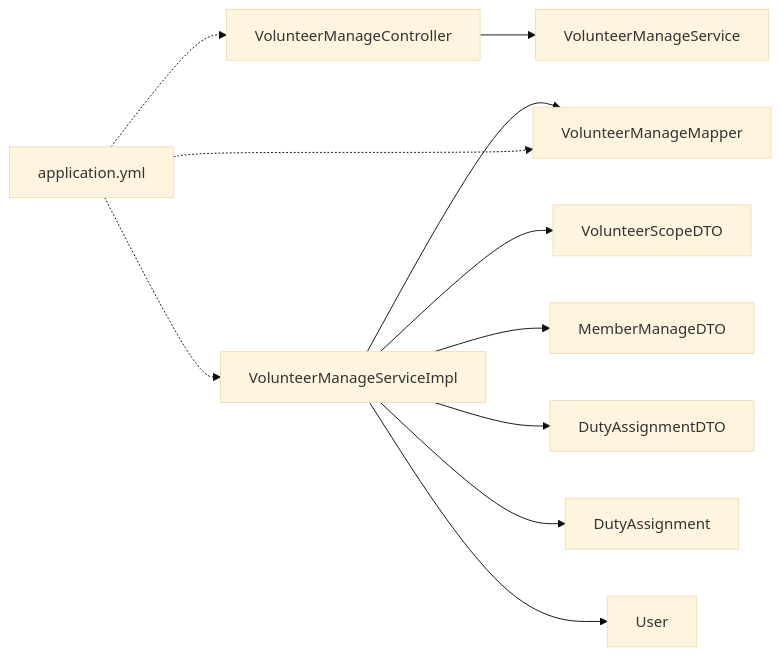
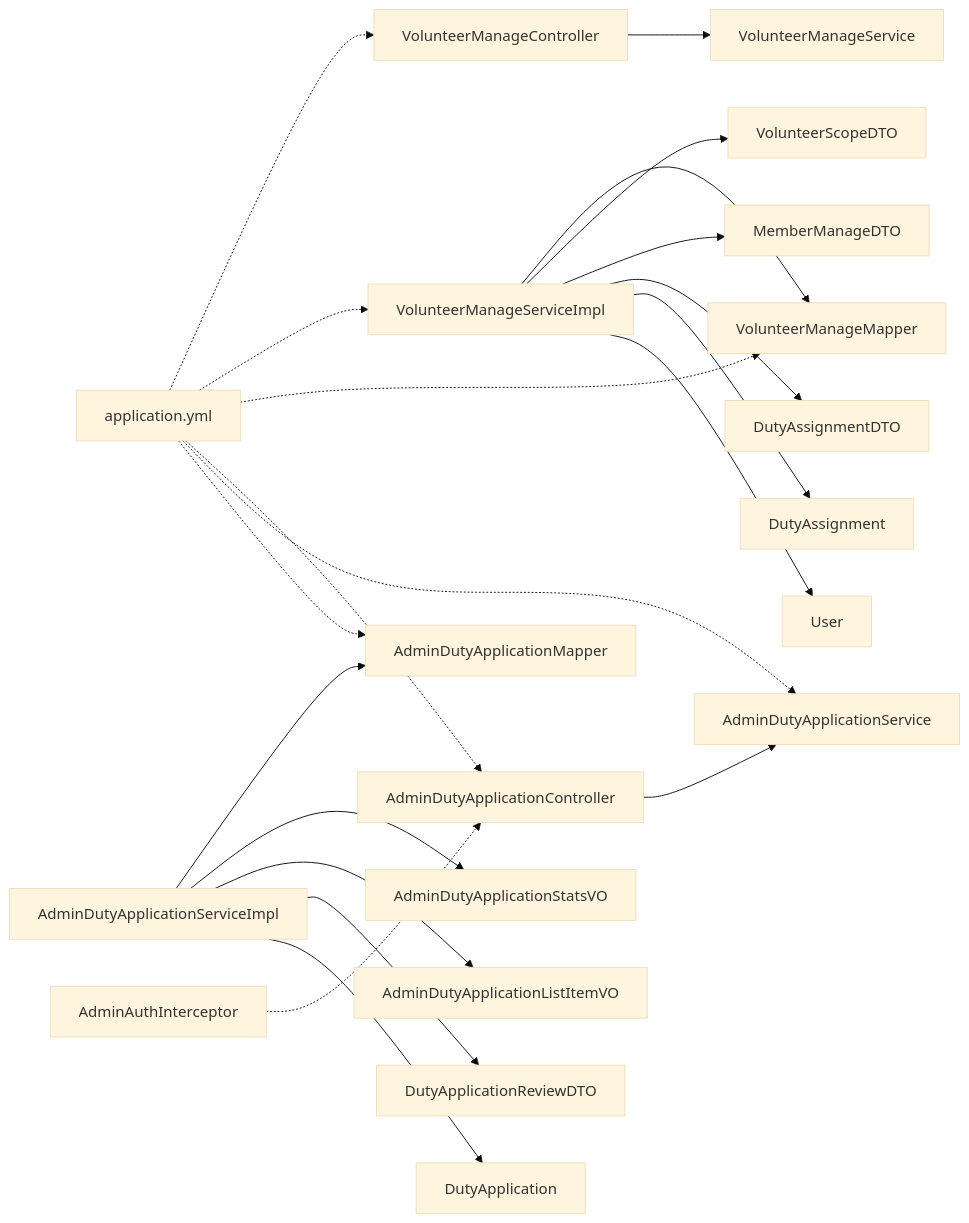
Before and after one commit to gaozihaowin/-: diagram 11 of 11 in .qoder/repowiki/zh/content/志愿者管理模块/志愿者管理后台.md, drawn with Mermaid (base theme). The commit also changed other lines of this file and 10 other files, not shown here.

````diff
--- a/.qoder/repowiki/zh/content/志愿者管理模块/志愿者管理后台.md
+++ b/.qoder/repowiki/zh/content/志愿者管理模块/志愿者管理后台.md
@@ -339,13 +556,23 @@
 ```mermaid
 graph LR
 Ctrl["VolunteerManageController"] --> SvcI["VolunteerManageService"]
 SvcImpl["VolunteerManageServiceImpl"] --> Mapper["VolunteerManageMapper"]
 SvcImpl --> DTO1["VolunteerScopeDTO"]
 SvcImpl --> DTO2["MemberManageDTO"]
 SvcImpl --> DTO3["DutyAssignmentDTO"]
 SvcImpl --> Entity1["DutyAssignment"]
 SvcImpl --> Entity2["User"]
+ADC["AdminDutyApplicationController"] --> ADSvc["AdminDutyApplicationService"]
+ADSI["AdminDutyApplicationServiceImpl"] --> ADM["AdminDutyApplicationMapper"]
+ADSI --> DTO4["AdminDutyApplicationStatsVO"]
+ADSI --> DTO5["AdminDutyApplicationListItemVO"]
+ADSI --> DTO6["DutyApplicationReviewDTO"]
+ADSI --> Entity3["DutyApplication"]
 Cfg["application.yml"] -.-> Ctrl
 Cfg -.-> SvcImpl
 Cfg -.-> Mapper
+Cfg -.-> ADC
+Cfg -.-> ADSvc
+Cfg -.-> ADM
+AI["AdminAuthInterceptor"] -.-> ADC
 ```
````
